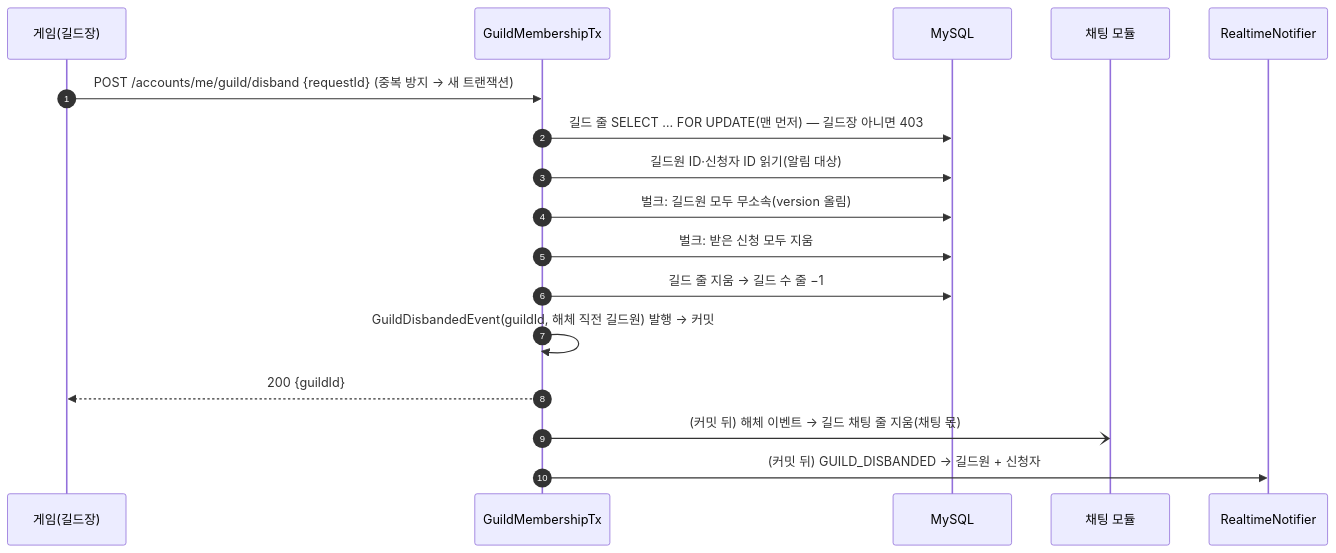
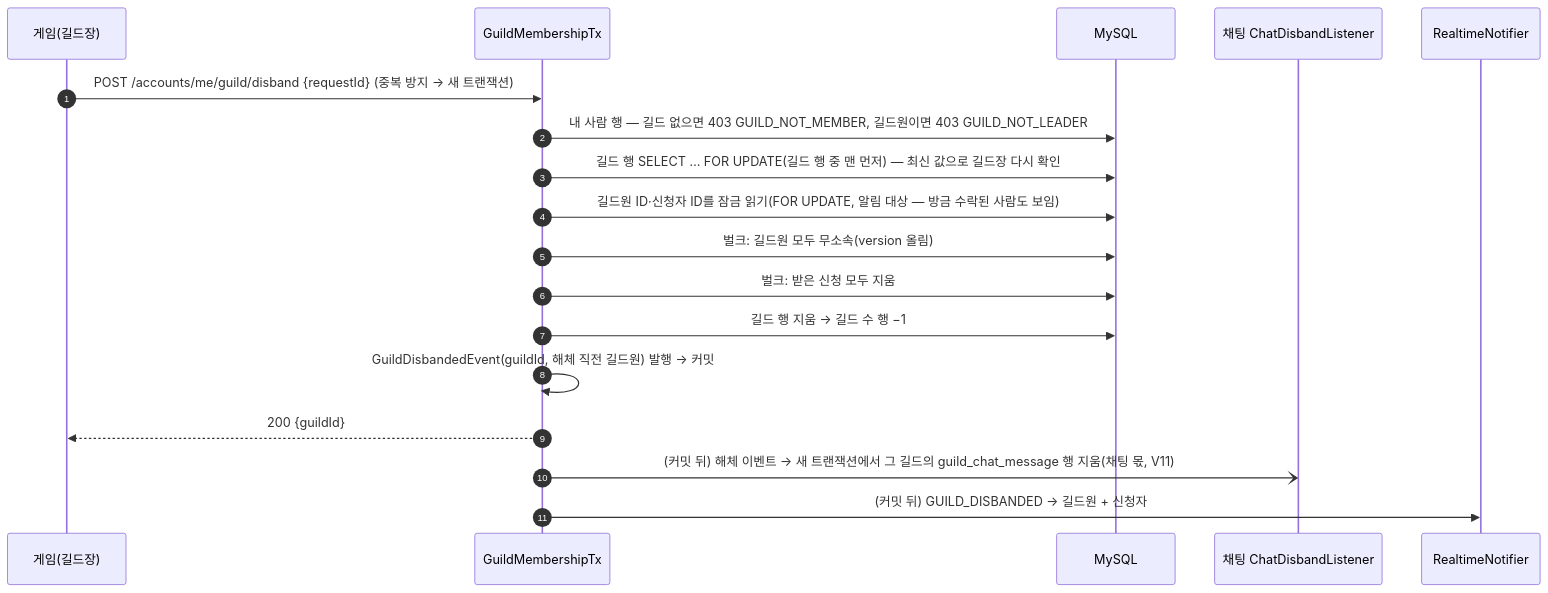
One commit to NBCGameServerCamp09Team01/PW01 changed the sixth of 8 diagrams in docs/flows/guild.md. Above: the diagram before and after it, drawn with Mermaid. The commit also changed other lines of this file and 6 other files, not shown here.

````diff
--- a/docs/flows/guild.md
+++ b/docs/flows/guild.md
@@ -158,20 +162,21 @@
 ```mermaid
 sequenceDiagram
   autonumber
   participant GL as 게임(길드장)
   participant T as GuildMembershipTx
   participant DB as MySQL
-  participant Ch as 채팅 모듈
+  participant Ch as 채팅 ChatDisbandListener
   participant N as RealtimeNotifier
 
   GL->>T: POST /accounts/me/guild/disband {requestId} (중복 방지 → 새 트랜잭션)
-  T->>DB: 길드 줄 SELECT … FOR UPDATE(맨 먼저) — 길드장 아니면 403
-  T->>DB: 길드원 ID·신청자 ID 읽기(알림 대상)
+  T->>DB: 내 사람 행 — 길드 없으면 403 GUILD_NOT_MEMBER, 길드원이면 403 GUILD_NOT_LEADER
+  T->>DB: 길드 행 SELECT … FOR UPDATE(길드 행 중 맨 먼저) — 최신 값으로 길드장 다시 확인
+  T->>DB: 길드원 ID·신청자 ID를 잠금 읽기(FOR UPDATE, 알림 대상 — 방금 수락된 사람도 보임)
   T->>DB: 벌크: 길드원 모두 무소속(version 올림)
   T->>DB: 벌크: 받은 신청 모두 지움
-  T->>DB: 길드 줄 지움 → 길드 수 줄 −1
+  T->>DB: 길드 행 지움 → 길드 수 행 −1
   T->>T: GuildDisbandedEvent(guildId, 해체 직전 길드원) 발행 → 커밋
   T-->>GL: 200 {guildId}
-  T-)Ch: (커밋 뒤) 해체 이벤트 → 길드 채팅 줄 지움(채팅 몫)
+  T-)Ch: (커밋 뒤) 해체 이벤트 → 새 트랜잭션에서 그 길드의 guild_chat_message 행 지움(채팅 몫, V11)
   T->>N: (커밋 뒤) GUILD_DISBANDED → 길드원 + 신청자
 ```
````
